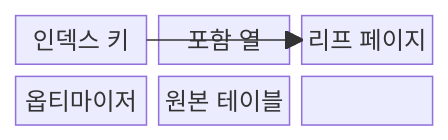
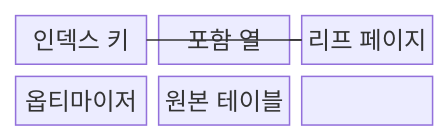
Before and after one commit to agnusdei1207/knowledge-base: the first of 2 diagrams in src/content/docs/notes/03-software/094_clustered_covering_index.md, drawn with Mermaid. The commit also changed other lines of this file and 493 other files, not shown here.

````diff
--- a/src/content/docs/notes/03-software/094_clustered_covering_index.md
+++ b/src/content/docs/notes/03-software/094_clustered_covering_index.md
@@ -69,12 +69,12 @@
 ```mermaid
-block
+block-beta
   columns 3
   K["인덱스 키"]
   C["포함 열"]
   L["리프 페이지"]
   O["옵티마이저"]
   T["원본 테이블"]
-  K --> L
-  C --> L
-  O --> L --> T
+  K --- L
+  C --- L
+  O --- L --- T
 ```
````
